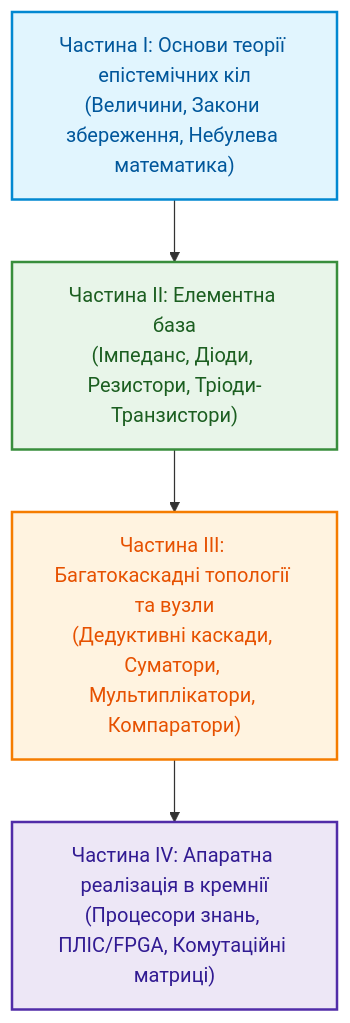
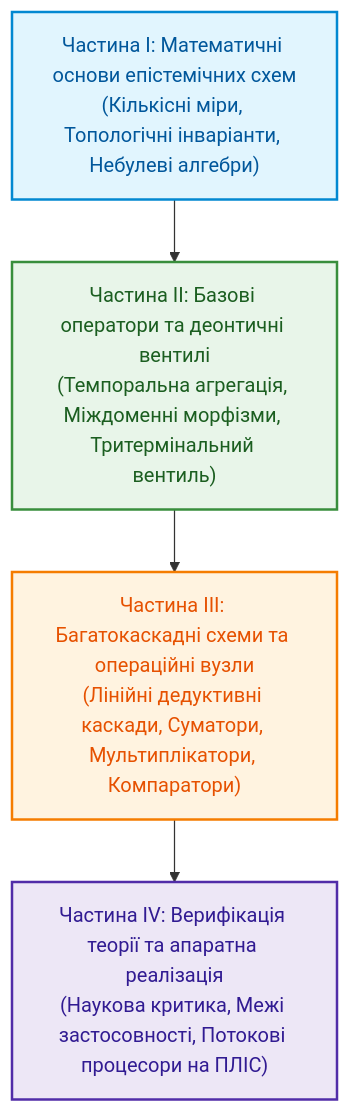
The diagram in Epistemic_Circuit_Theory/README.md (nick-fedchik/articles), drawn with Mermaid before and after one commit. The commit also changed other lines of this file and 10 other files, not shown here.

````diff
--- a/Epistemic_Circuit_Theory/README.md
+++ b/Epistemic_Circuit_Theory/README.md
@@ -26,22 +26,22 @@
 ```mermaid
 flowchart TD
-    accTitle: Архітектура чотирьох частин монографії Теорія епістемічних кіл
-    accDescr: Послідовний перехід від фундаментальних фізико-кібернетичних величин і законів збереження через елементну базу та каскади до кремнієвої реалізації процесорів знань.
+    accTitle: Архітектура чотирьох частин монографії Теорія епістемічних обчислювальних схем
+    accDescr: Послідовний перехід від фундаментальних кількісних мір, інваріантів збереження та небулевої алгебри через оператори верифікації й деонтичні вентилі до багатокаскадних схем та наукової критики.
 
-    Part1["Частина I: Основи теорії епістемічних кіл\n(Величини, Закони збереження, Небулева математика)"]
-    Part2["Частина II: Елементна база\n(Імпеданс, Діоди, Резистори, Тріоди-Транзистори)"]
-    Part3["Частина III: Багатокаскадні топології та вузли\n(Дедуктивні каскади, Суматори, Мультиплікатори, Компаратори)"]
-    Part4["Частина IV: Апаратна реалізація в кремнії\n(Процесори знань, ПЛІС/FPGA, Комутаційні матриці)"]
+    Part1["Частина I: Математичні основи епістемічних схем\n(Кількісні міри, Топологічні інваріанти, Небулеві алгебри)"]
+    Part2["Частина II: Базові оператори та деонтичні вентилі\n(Темпоральна агрегація, Міждоменні морфізми, Тритермінальний вентиль)"]
+    Part3["Частина III: Багатокаскадні схеми та операційні вузли\n(Лінійні дедуктивні каскади, Суматори, Мультиплікатори, Компаратори)"]
+    Part4["Частина IV: Верифікація теорії та апаратна реалізація\n(Наукова критика, Межі застосовності, Потокові процесори на ПЛІС)"]
 
     Part1 --> Part2 --> Part3 --> Part4
 
     classDef p1Style fill:#e1f5fe,stroke:#0288d1,stroke-width:2px,color:#01579b;
     classDef p2Style fill:#e8f5e9,stroke:#388e3c,stroke-width:2px,color:#1b5e20;
     classDef p3Style fill:#fff3e0,stroke:#f57c00,stroke-width:2px,color:#e65100;
     classDef p4Style fill:#ede7f6,stroke:#512da8,stroke-width:2px,color:#311b92;
 
     class Part1 p1Style;
     class Part2 p2Style;
     class Part3 p3Style;
     class Part4 p4Style;
 ```
````
